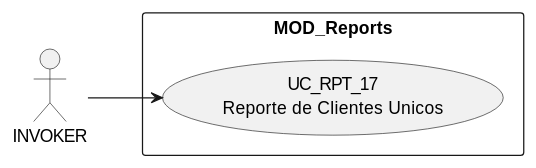
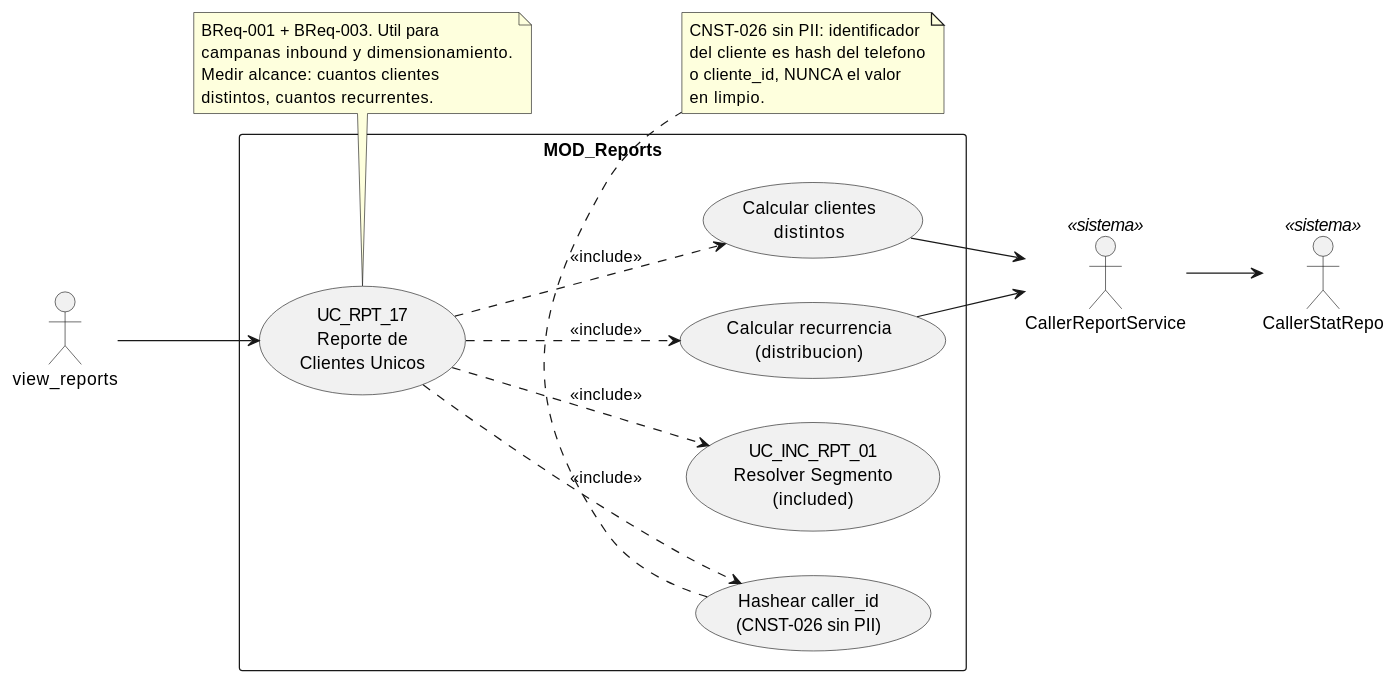
One commit to jcg-admin/IACT-docs changed the diagram in source/requisitos/casos-uso/reports/uc-rpt-17/diagramas-uml/diagrama-de-caso-de-uso.rst. Above: the diagram before and after it, drawn with PlantUML. The commit also changed 8 other files, not shown here.

```diff
--- a/source/requisitos/casos-uso/reports/uc-rpt-17/diagramas-uml/diagrama-de-caso-de-uso.rst
+++ b/source/requisitos/casos-uso/reports/uc-rpt-17/diagramas-uml/diagrama-de-caso-de-uso.rst
@@ -4,22 +4,44 @@
 .. uml::
  :caption: UC_RPT_17 — actores y casos asociados
 
  @startuml
 
  left to right direction
 
- ' TODO (use-case-view-uml07-rebuild Nivel A): completar
- ' actores (INVOKER + beneficiarios + Sistema), sub-usecases
- ' (validaciones, side-effects, audit emit), relaciones
- ' (`<<include>>`, `<<extend>>`) y notas referenciando BRs/CNSTs.
- ' Ver patron canonico en uc-acc-01/diagramas-uml/diagrama-de-caso-de-uso.rst.
-
- actor "INVOKER" as INVOKER
+ actor "view_reports" as INVOKER
+ actor "CallerReportService" as SVC <<sistema>>
+ actor "CallerStatRepo" as REPO <<sistema>>
 
  rectangle "MOD_Reports" {
-   usecase "UC_RPT_17\nReporte de Clientes Unicos" as UC_RPT_17
+   usecase "UC_RPT_17\nReporte de\nClientes Unicos" as UC_RPT_17
+   usecase "UC_INC_RPT_01\nResolver Segmento\n(included)" as UC_INC_RPT_01
+   usecase "Hashear caller_id\n(CNST-026 sin PII)" as HASH
+   usecase "Calcular clientes\ndistintos" as METRIC_UNIQUE
+   usecase "Calcular recurrencia\n(distribucion)" as METRIC_RECUR
  }
 
  INVOKER --> UC_RPT_17
+ UC_RPT_17 ..> UC_INC_RPT_01 : <<include>>
+ UC_RPT_17 ..> HASH : <<include>>
+ UC_RPT_17 ..> METRIC_UNIQUE : <<include>>
+ UC_RPT_17 ..> METRIC_RECUR : <<include>>
+
+ METRIC_UNIQUE --> SVC
+ METRIC_RECUR --> SVC
+ SVC --> REPO
+
+ note bottom of HASH
+   CNST-026 sin PII: identificador
+   del cliente es hash del telefono
+   o cliente_id, NUNCA el valor
+   en limpio.
+ end note
+
+ note bottom of UC_RPT_17
+   BReq-001 + BReq-003. Util para
+   campanas inbound y dimensionamiento.
+   Medir alcance: cuantos clientes
+   distintos, cuantos recurrentes.
+ end note
 
  @enduml
```
